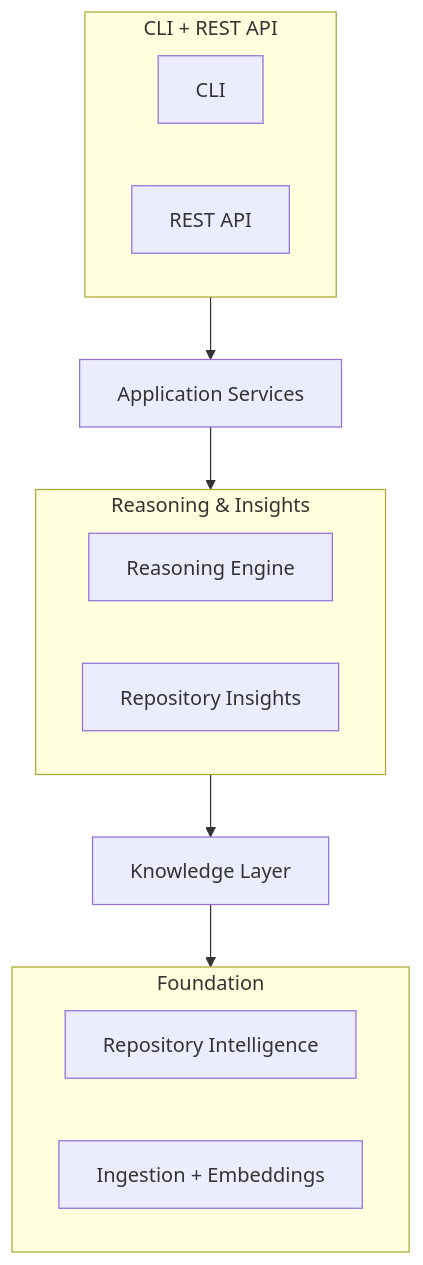
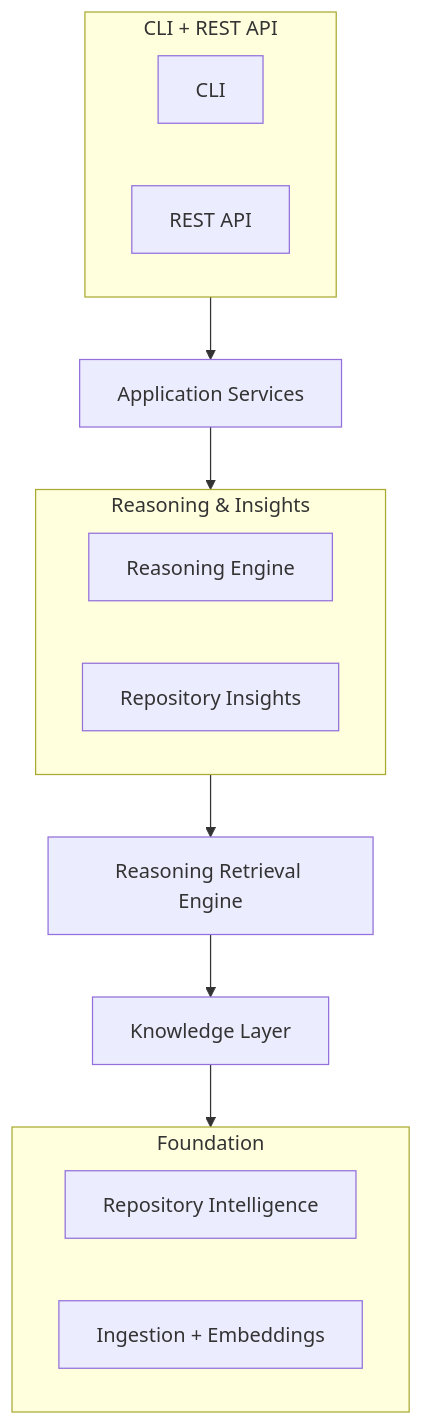
One commit to twishak/Repository-Intelligence-Engine changed the first of 2 diagrams in README.md. Above: the diagram before and after it, drawn with Mermaid. The commit also changed other lines of this file, not shown here.

````diff
--- a/README.md
+++ b/README.md
@@ -113,22 +158,23 @@
 ```mermaid
 flowchart TB
     subgraph Presentation["CLI + REST API"]
         direction LR
         CLI["CLI"]
         API["REST API"]
     end
     AS["Application Services"]
     subgraph Reasoning["Reasoning & Insights"]
         direction LR
         RE["Reasoning Engine"]
         INS["Repository Insights"]
     end
+    RET["Reasoning Retrieval Engine"]
     KB["Knowledge Layer"]
     subgraph Foundation["Foundation"]
         direction LR
         RI["Repository Intelligence"]
         ING["Ingestion + Embeddings"]
     end
 
-    Presentation --> AS --> Reasoning --> KB --> Foundation
+    Presentation --> AS --> Reasoning --> RET --> KB --> Foundation
 ```
````
